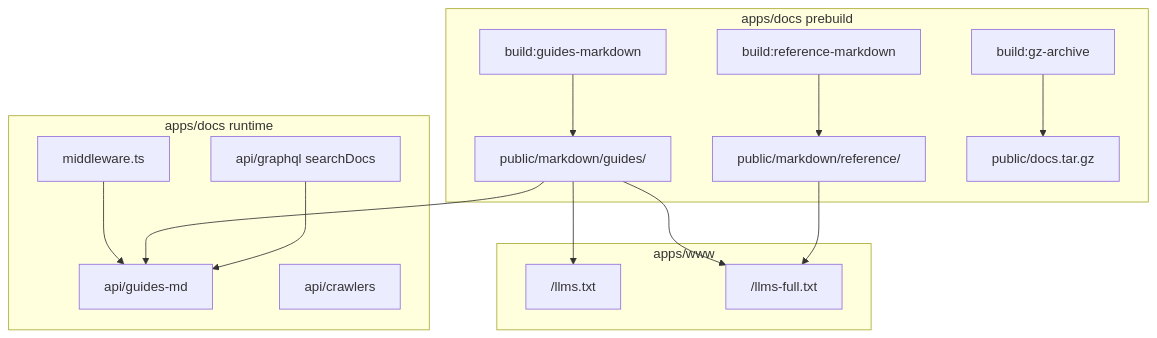
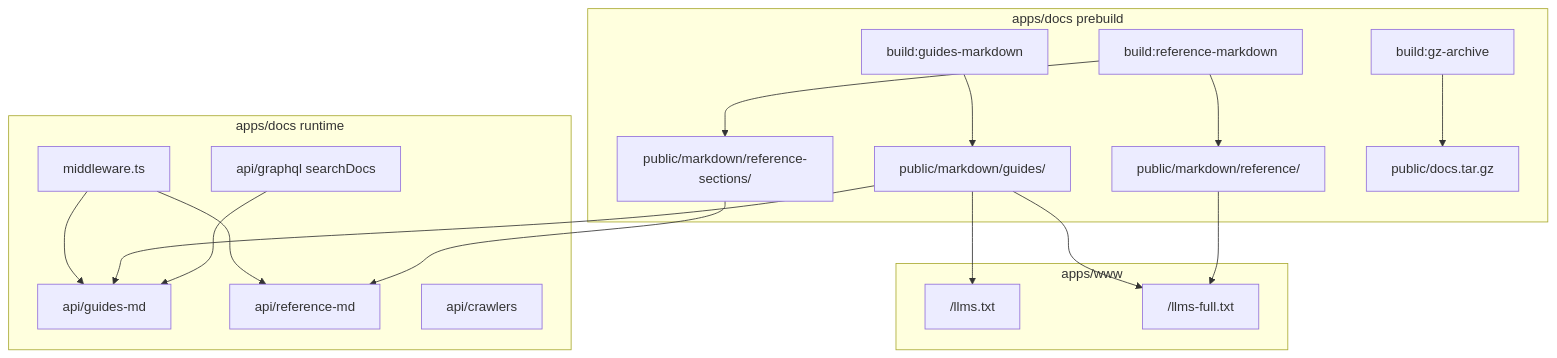
Before and after one commit to supabase/supabase: the first of 2 diagrams in .agents/skills/ask-the-docs/reference/llm-agent-surface.md, drawn with Mermaid. The commit also changed other lines of this file, not shown here.

Commit message:
docs(agents): document reference section markdown urls

````diff
--- a/.agents/skills/ask-the-docs/reference/llm-agent-surface.md
+++ b/.agents/skills/ask-the-docs/reference/llm-agent-surface.md
@@ -38,30 +38,34 @@
 ```mermaid
 flowchart TB
   subgraph docsApp ["apps/docs prebuild"]
     GM["build:guides-markdown"]
     RM["build:reference-markdown"]
     GZ["build:gz-archive"]
     GM --> outGuides["public/markdown/guides/"]
     RM --> outRef["public/markdown/reference/"]
+    RM --> outSections["public/markdown/reference-sections/"]
     GZ --> tarball["public/docs.tar.gz"]
   end
 
   subgraph docsServe ["apps/docs runtime"]
     mw["middleware.ts"]
     guidesMd["api/guides-md"]
+    referenceMd["api/reference-md"]
     crawlers["api/crawlers"]
     gql["api/graphql searchDocs"]
     mw --> guidesMd
+    mw --> referenceMd
   end
 
   subgraph wwwApp ["apps/www"]
     llmsTxt["/llms.txt"]
     llmsFull["/llms-full.txt"]
   end
 
   outGuides --> guidesMd
+  outSections --> referenceMd
   outGuides --> llmsFull
   outRef --> llmsFull
   outGuides --> llmsTxt
   gql --> guidesMd
 ```
````
